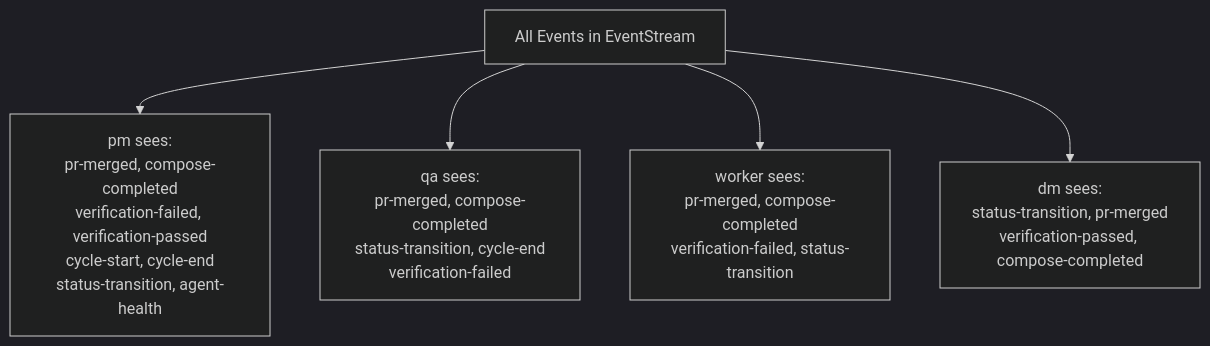
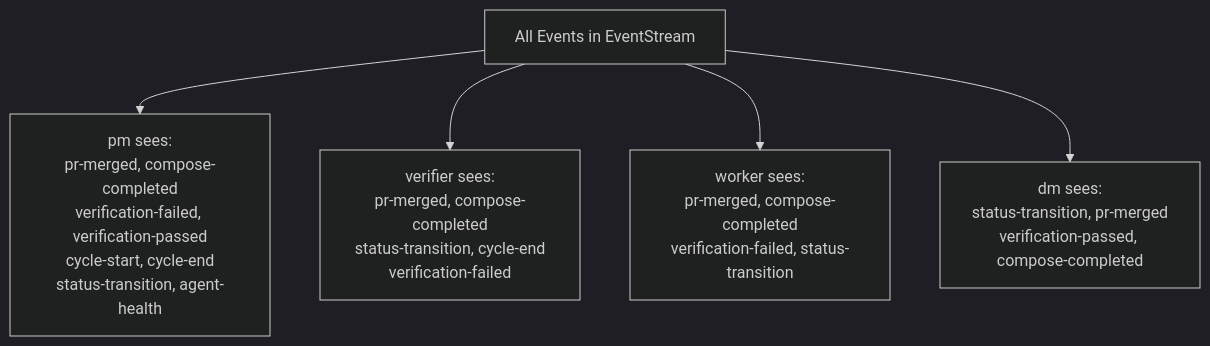
One commit to WallyDoodlez/SquidSquad changed the seventh of 16 diagrams in docs/AGENT-RUNTIME.md. Above: the diagram before and after it, drawn with Mermaid (dark theme). The commit also changed other lines of this file and 2 other files, not shown here.

First line of the commit message:
docs: terminology — qa → verifier (L2 capability layer is canonical)

````diff
--- a/docs/AGENT-RUNTIME.md
+++ b/docs/AGENT-RUNTIME.md
@@ -359,8 +359,8 @@
 ```mermaid
 graph TD
     ALL["All Events in EventStream"]
     ALL --> PM["pm sees:<br/>pr-merged, compose-completed<br/>verification-failed, verification-passed<br/>cycle-start, cycle-end<br/>status-transition, agent-health"]
-    ALL --> QA["qa sees:<br/>pr-merged, compose-completed<br/>status-transition, cycle-end<br/>verification-failed"]
+    ALL --> Verifier["verifier sees:<br/>pr-merged, compose-completed<br/>status-transition, cycle-end<br/>verification-failed"]
     ALL --> WORKER["worker sees:<br/>pr-merged, compose-completed<br/>verification-failed, status-transition"]
     ALL --> DM["dm sees:<br/>status-transition, pr-merged<br/>verification-passed, compose-completed"]
 ```
````
